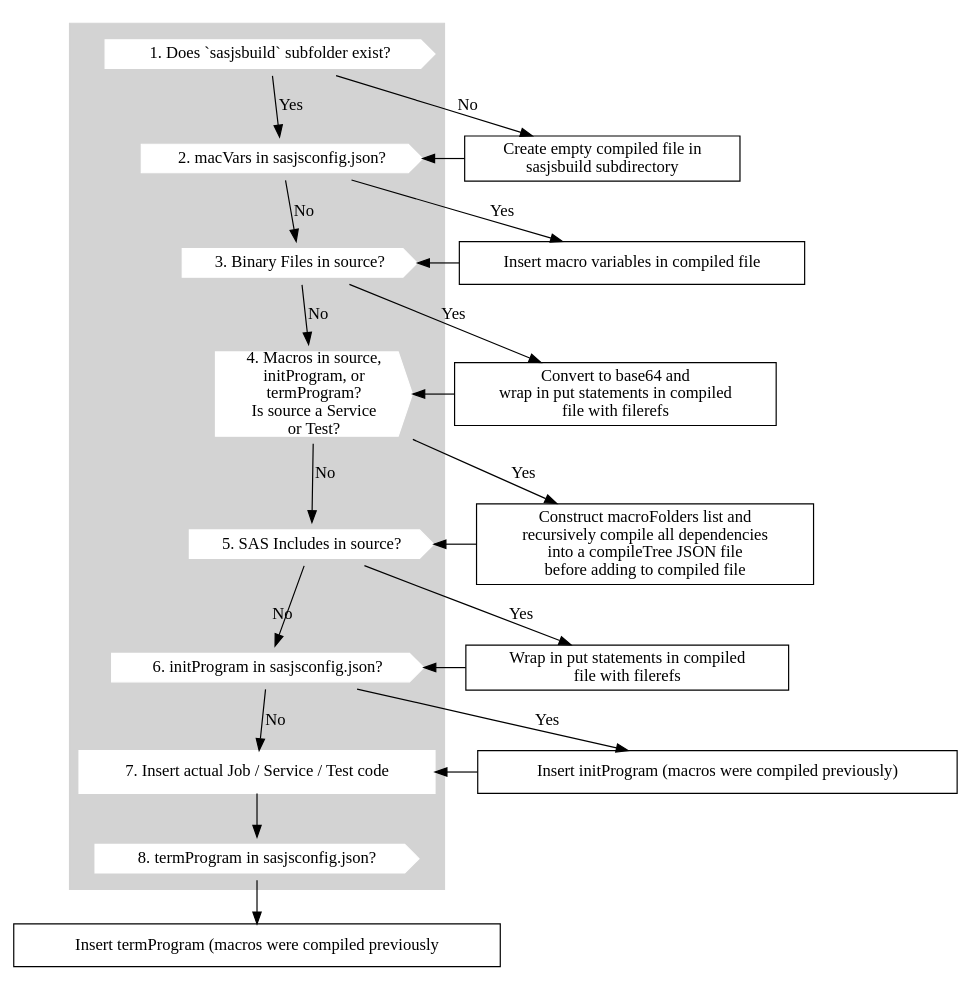
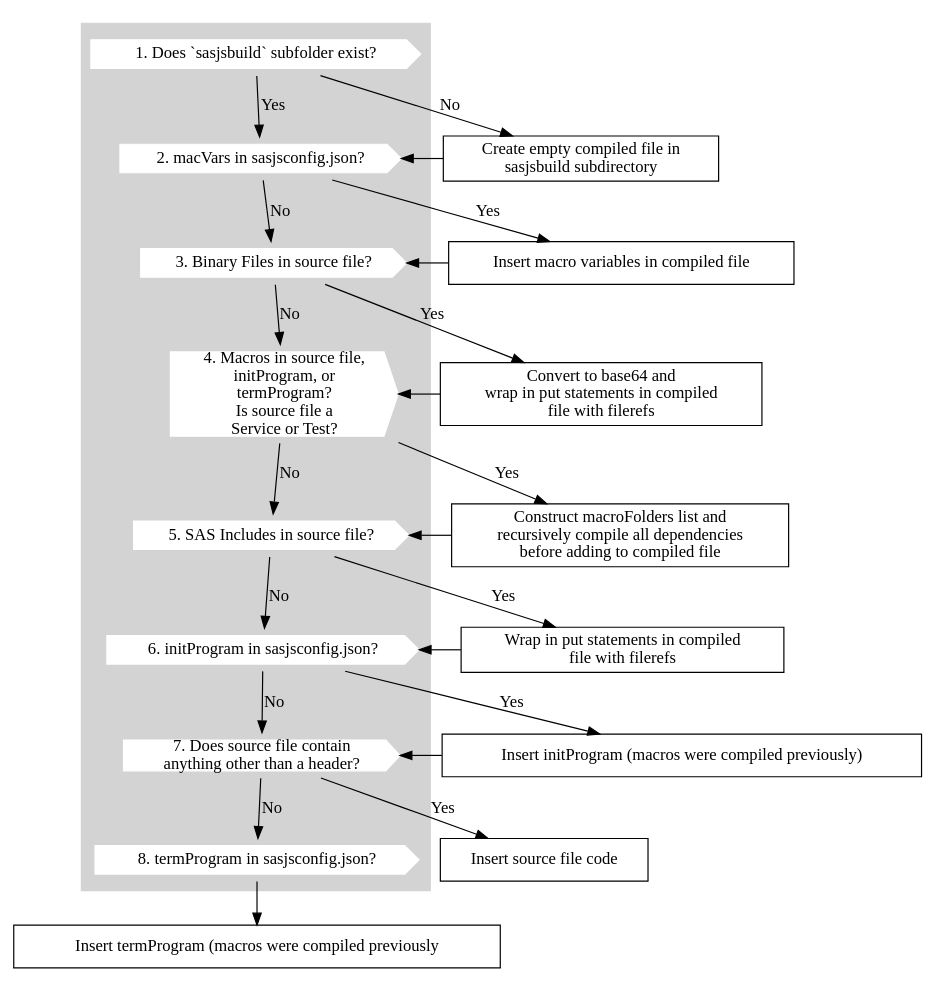
Before and after one commit to sasjs/cli.sasjs.io: the diagram in docs/img/compile.dot, drawn with Graphviz. The commit also changed 1 other file, not shown here.

```diff
--- a/docs/img/compile.dot
+++ b/docs/img/compile.dot
@@ -1,52 +1,52 @@
 digraph G {
   splines="FALSE";
   rankdir="TD"
 
   /* Entities */
   subgraph cluster_0 {
     style="filled";
     color="lightgrey";
     node [style=filled,color=white];
     q1[label="1. Does `sasjsbuild` subfolder exist?", shape=cds];
     q2[label="2. macVars in sasjsconfig.json?",shape=cds ]
-    q3[label="3. Binary Files in source?",shape=cds ]
-    q4[label="4. Macros in source, \ninitProgram, or \ntermProgram?\nIs source a Service \nor Test?",shape=cds ]
-    q5[label="5. SAS Includes in source?",shape=cds ]
+    q3[label="3. Binary Files in source file?",shape=cds ]
+    q4[label="4. Macros in source file, \ninitProgram, or \ntermProgram?\nIs source file a \nService or Test?",shape=cds ]
+    q5[label="5. SAS Includes in source file?",shape=cds ]
     q6[label="6. initProgram in sasjsconfig.json?",shape=cds ]
-    q7[label="7. Insert actual Job / Service / Test code", shape=box];
+    q7[label="7. Does source file contain \nanything other than a header?", shape=cds];
     q8[label="8. termProgram in sasjsconfig.json?",shape=cds ]
   }
 
   a1[label="Create empty compiled file in \nsasjsbuild subdirectory", shape=box];
   a2[label="Insert macro variables in compiled file", shape=box];
   a3[label="Convert to base64 and \nwrap in put statements in compiled\n file with filerefs", shape=box];
-  a4[label="Construct macroFolders list and\n recursively compile all dependencies\n into a compileTree JSON file \nbefore adding to compiled file", shape=box];
+  a4[label="Construct macroFolders list and\n recursively compile all dependencies\nbefore adding to compiled file", shape=box];
   a5[label="Wrap in put statements in compiled\n file with filerefs", shape=box];
   a6[label="Insert initProgram (macros were compiled previously)", shape=box];
+  a7[label="Insert source file code", shape=box];
   a8[label="Insert termProgram (macros were compiled previously", shape=box];
 
   /* Relationships */
   q1 -> a1 [label="No"];
   q1 -> q2 [label="Yes"];
   a1 -> q2 ;
   q2 -> a2 [label="Yes"];
   q2 -> q3 [label="No"];
   a2 -> q3 ;
   q3 -> a3 [label="Yes"];
   q3 -> q4 [label="No"];
   a3 -> q4 ;
   q4 -> a4 [label="Yes"];
   q4 -> q5 [label="No"];
   a4 -> q5 ;
   q5 -> a5 [label="Yes"];
   q5 -> q6 [label="No"];
   a5 -> q6 ;
   q6 -> q7 [label="No"];
   q6 -> a6 [label="Yes"];
   a6 -> q7
-  q7 -> q8 ;
+  q7 -> a7 [label="Yes"];
+  q7 -> q8 [label="No"];
   q8 -> a8 ;
 
-  /* Ranks */
-  { rank=same;  };
 }
```
